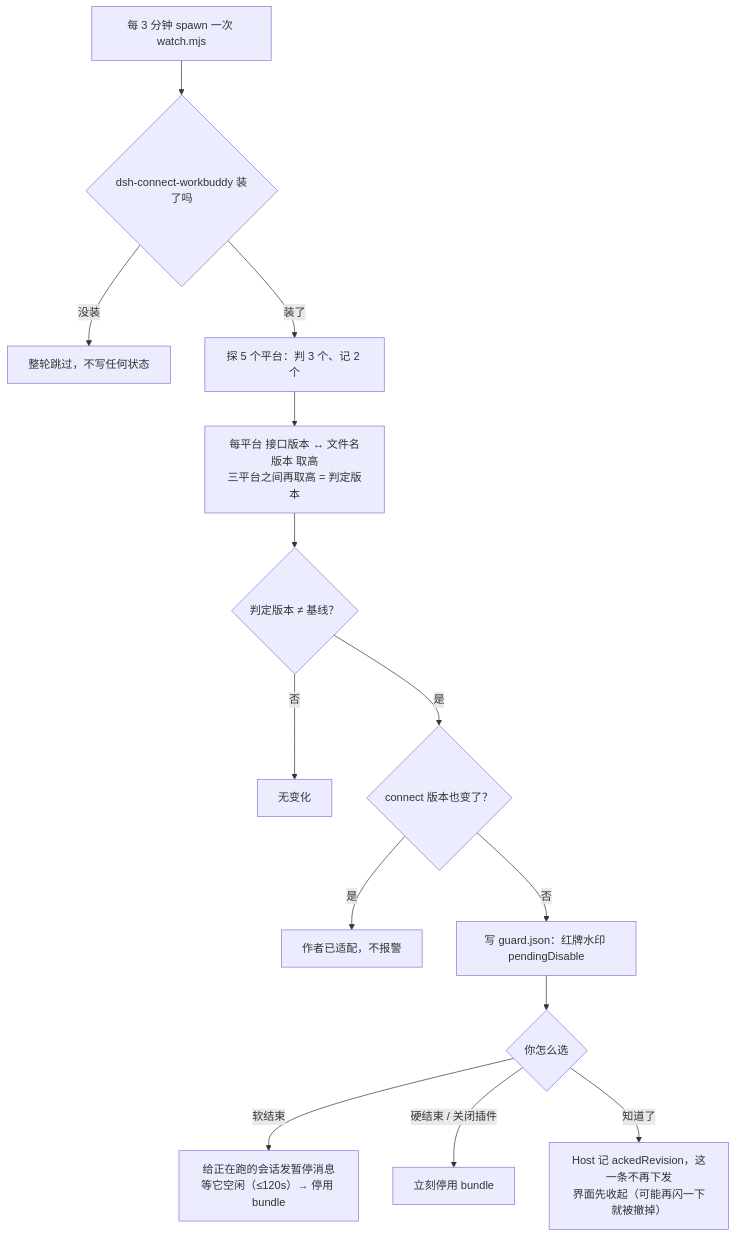
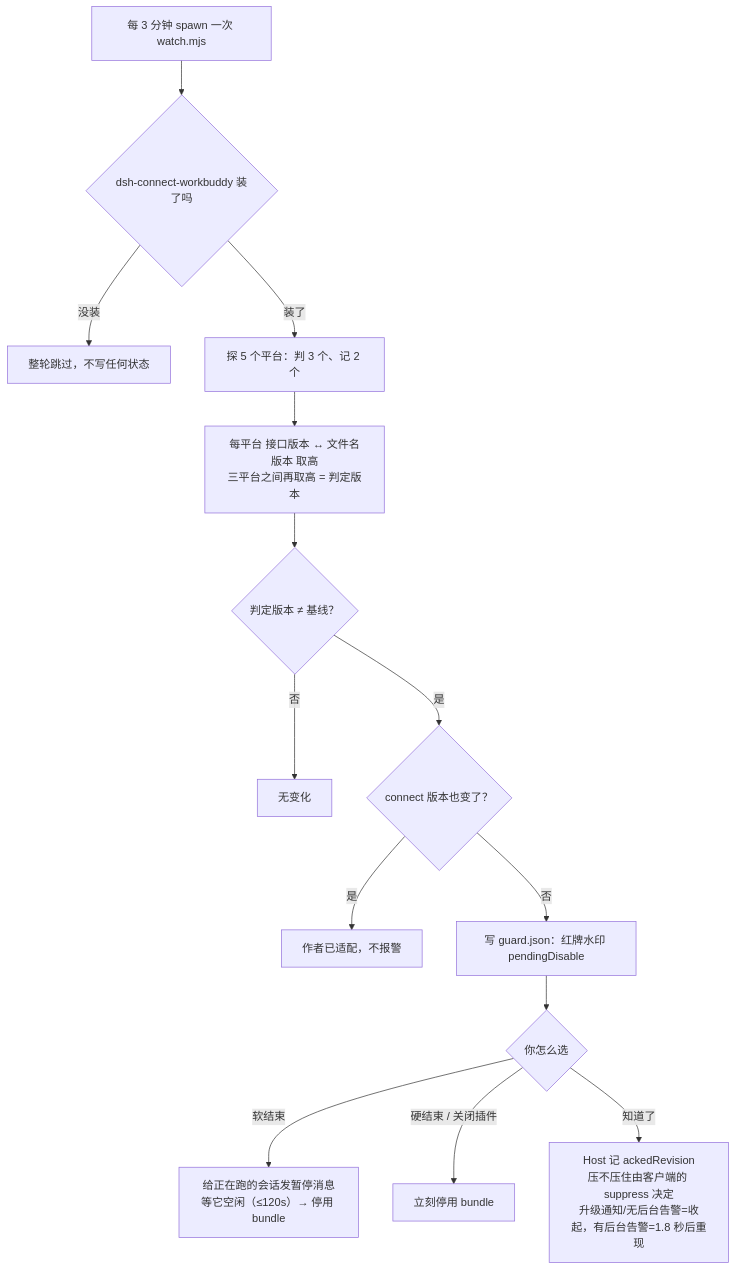
One commit to eeetechen/dsh-workbuddy-account-care changed the diagram in README.md. Above: the diagram before and after it, drawn with Mermaid. The commit also changed other lines of this file and 4 other files, not shown here.

First line of the commit message:
修「知道了」被 Host 抢着撤掉：强弱提醒两种语义分开

````diff
--- a/README.md
+++ b/README.md
@@ -36,16 +36,16 @@
 ```mermaid
 flowchart TD
   A["每 3 分钟 spawn 一次 watch.mjs"] --> B{"dsh-connect-workbuddy 装了吗"}
   B -- 没装 --> B1["整轮跳过，不写任何状态"]
   B -- 装了 --> C["探 5 个平台：判 3 个、记 2 个"]
   C --> D["每平台 接口版本 ↔ 文件名版本 取高<br/>三平台之间再取高 = 判定版本"]
   D --> E{"判定版本 ≠ 基线？"}
   E -- 否 --> Z["无变化"]
   E -- 是 --> F{"connect 版本也变了？"}
   F -- 是 --> Z2["作者已适配，不报警"]
   F -- 否 --> G["写 guard.json：红牌水印 pendingDisable"]
   G --> H{"你怎么选"}
   H -- 软结束 --> I["给正在跑的会话发暂停消息<br/>等它空闲（≤120s）→ 停用 bundle"]
   H -- 硬结束 / 关闭插件 --> J["立刻停用 bundle"]
-  H -- 知道了 --> K["Host 记 ackedRevision，这一条不再下发<br/>界面先收起（可能再闪一下就被撤掉）"]
+  H -- 知道了 --> K["Host 记 ackedRevision<br/>压不压住由客户端的 suppress 决定<br/>升级通知/无后台告警=收起，有后台告警=1.8 秒后重现"]
 ```
````
